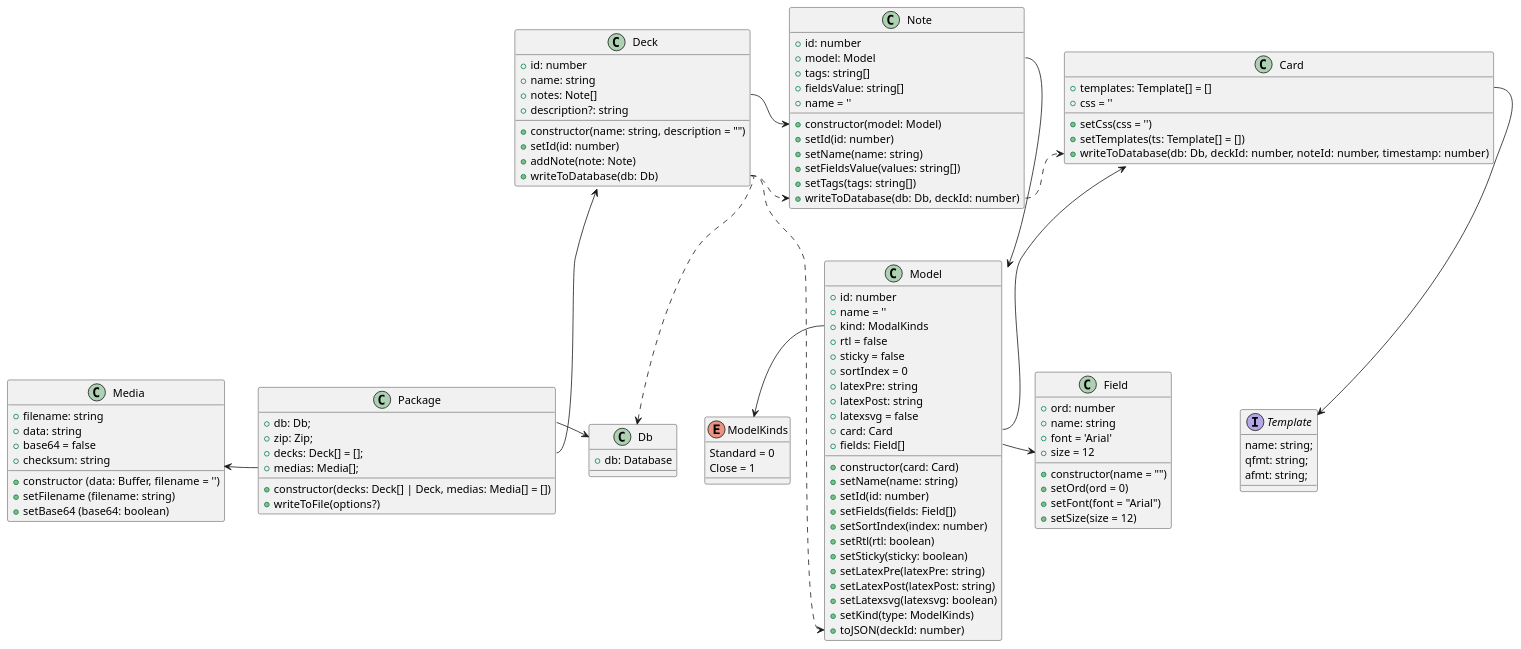
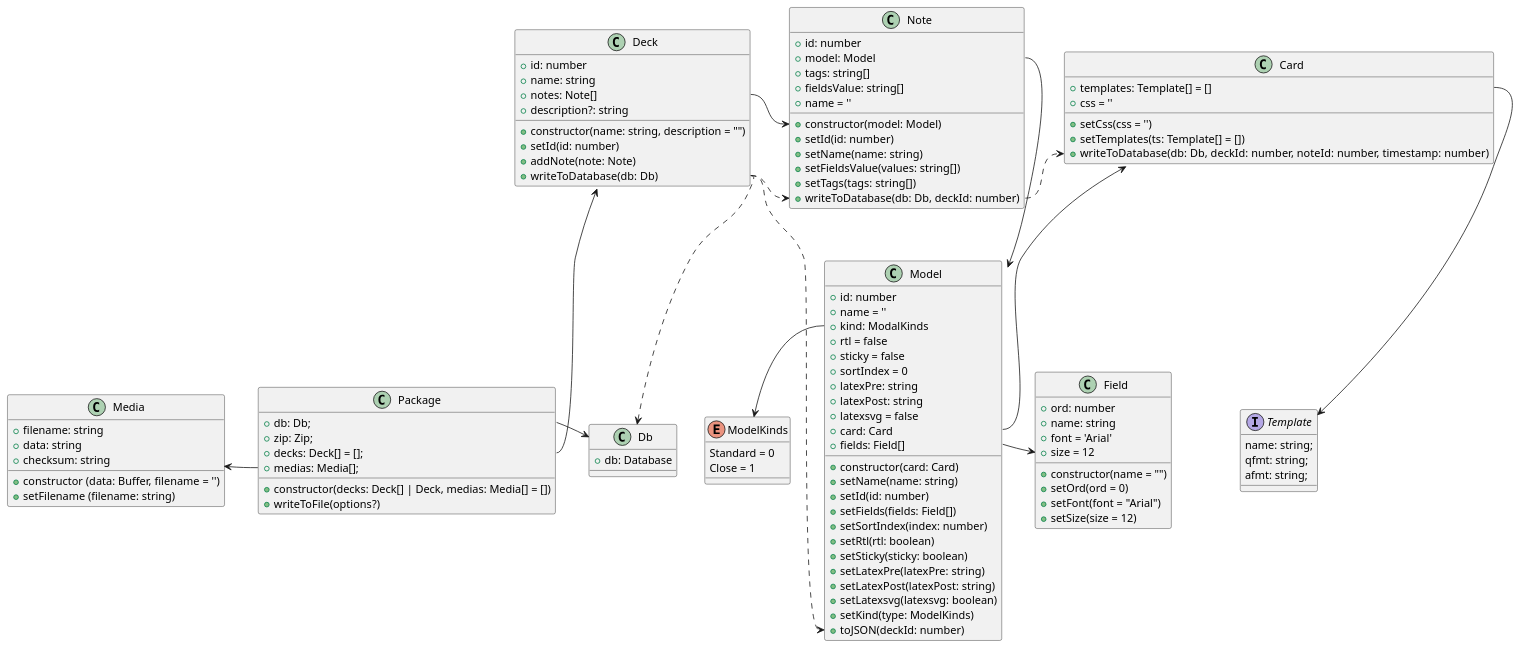
The diagram in uml.md (babycannotsay/anki-apkg-generator), drawn with PlantUML before and after one commit. The commit also changed 11 other files, not shown here.

```diff
--- a/uml.md
+++ b/uml.md
@@ -106,11 +106,9 @@
 class Media {
     +filename: string
     +data: string
-    +base64 = false
     +checksum: string
     +constructor (data: Buffer, filename = '')
     +setFilename (filename: string)
-    +setBase64 (base64: boolean)
 }
 Package::medias -left-> Media
 @enduml
```
